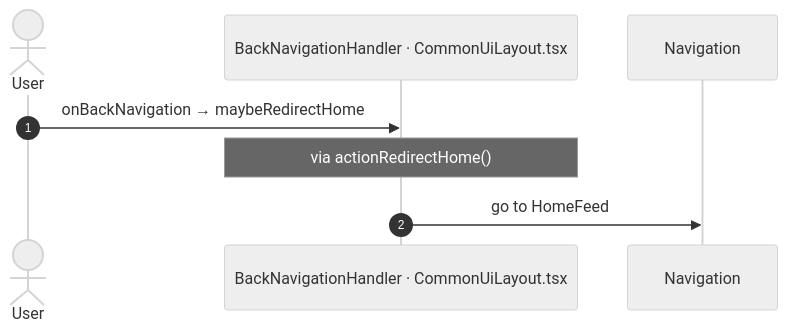
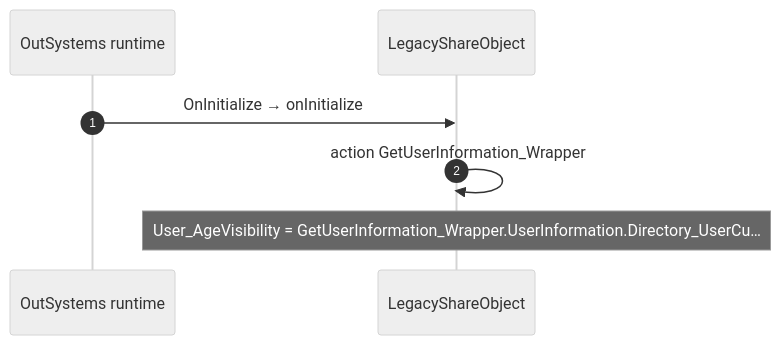
The second of 2 diagrams in route-actions/routes/LegacyShareObject.md (Phoenix-DX/connect-new-ui), drawn with Mermaid (neutral theme) before and after one commit. The commit also changed other lines of this file and 52 other files, not shown here.

Commit message:
route actions: all 51 routes in layout v2 (40 differences: 38 calls, 2 navigation parameters)

````diff
--- a/route-actions/routes/LegacyShareObject.md
+++ b/route-actions/routes/LegacyShareObject.md
@@ -235,10 +147,9 @@
 ```mermaid
 sequenceDiagram
   autonumber
-  actor U as User
-  participant H as BackNavigationHandler · CommonUiLayout.tsx
-  participant N as Navigation
-  U->>H: onBackNavigation → maybeRedirectHome
-  Note over H: via actionRedirectHome()
-  H->>N: go to HomeFeed
+  participant R as OutSystems runtime
+  participant B as LegacyShareObject
+  R->>B: OnInitialize → onInitialize
+  B->>B: action GetUserInformation_Wrapper
+  Note over B: User_AgeVisibility = GetUserInformation_Wrapper.UserInformation.Directory_UserCu…
 ```
````
